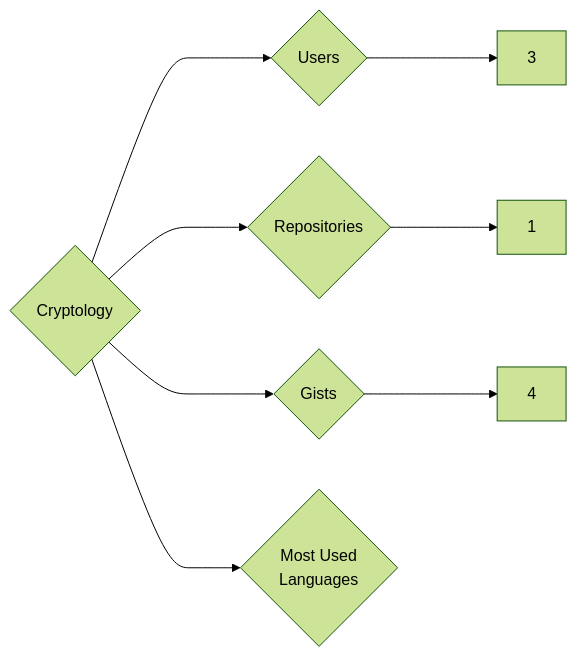
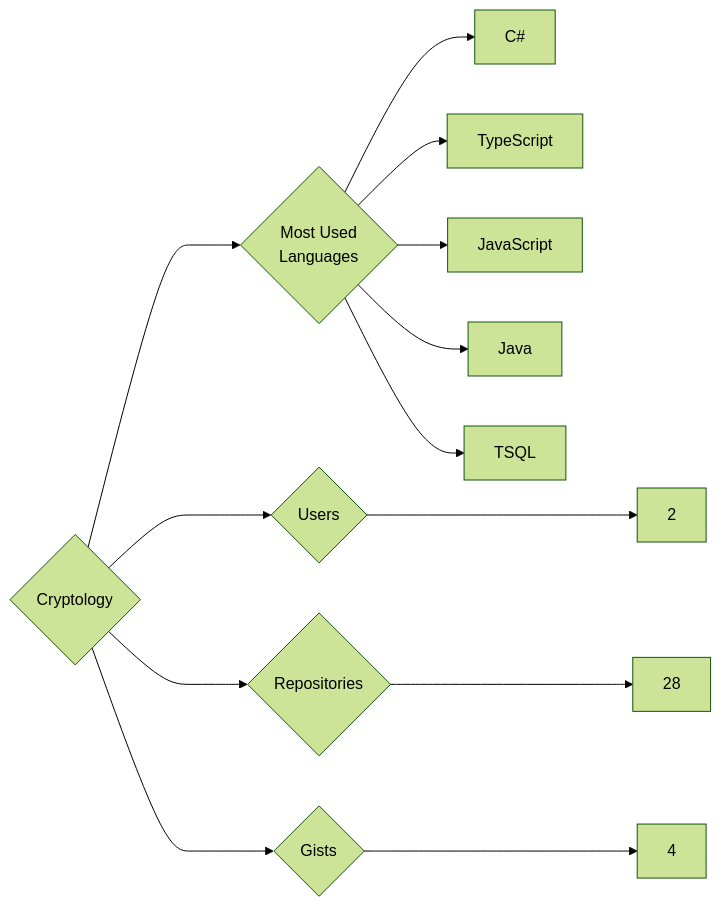
Before and after one commit to trickest/insiders: the diagram in targets/Cryptology/README.md, drawn with Mermaid (forest theme). The commit also changed 988 other files, not shown here.

````diff
--- a/targets/Cryptology/README.md
+++ b/targets/Cryptology/README.md
@@ -3,8 +3,13 @@
 ```mermaid
 graph LR
 COMPANY_NAME{Cryptology}
-COMPANY_NAME ---> U{Users} ---> UN[3]
-COMPANY_NAME ---> R{Repositories} ---> RN[1]
+COMPANY_NAME ---> U{Users} ---> UN[2]
+COMPANY_NAME ---> R{Repositories} ---> RN[28]
 COMPANY_NAME ---> G{Gists} ---> GN[4]
 COMPANY_NAME ---> ML{Most Used<br>Languages}
+ML --> C#[C#]
+ML --> TypeScript[TypeScript]
+ML --> JavaScript[JavaScript]
+ML --> Java[Java]
+ML --> TSQL[TSQL]
 ```
````
